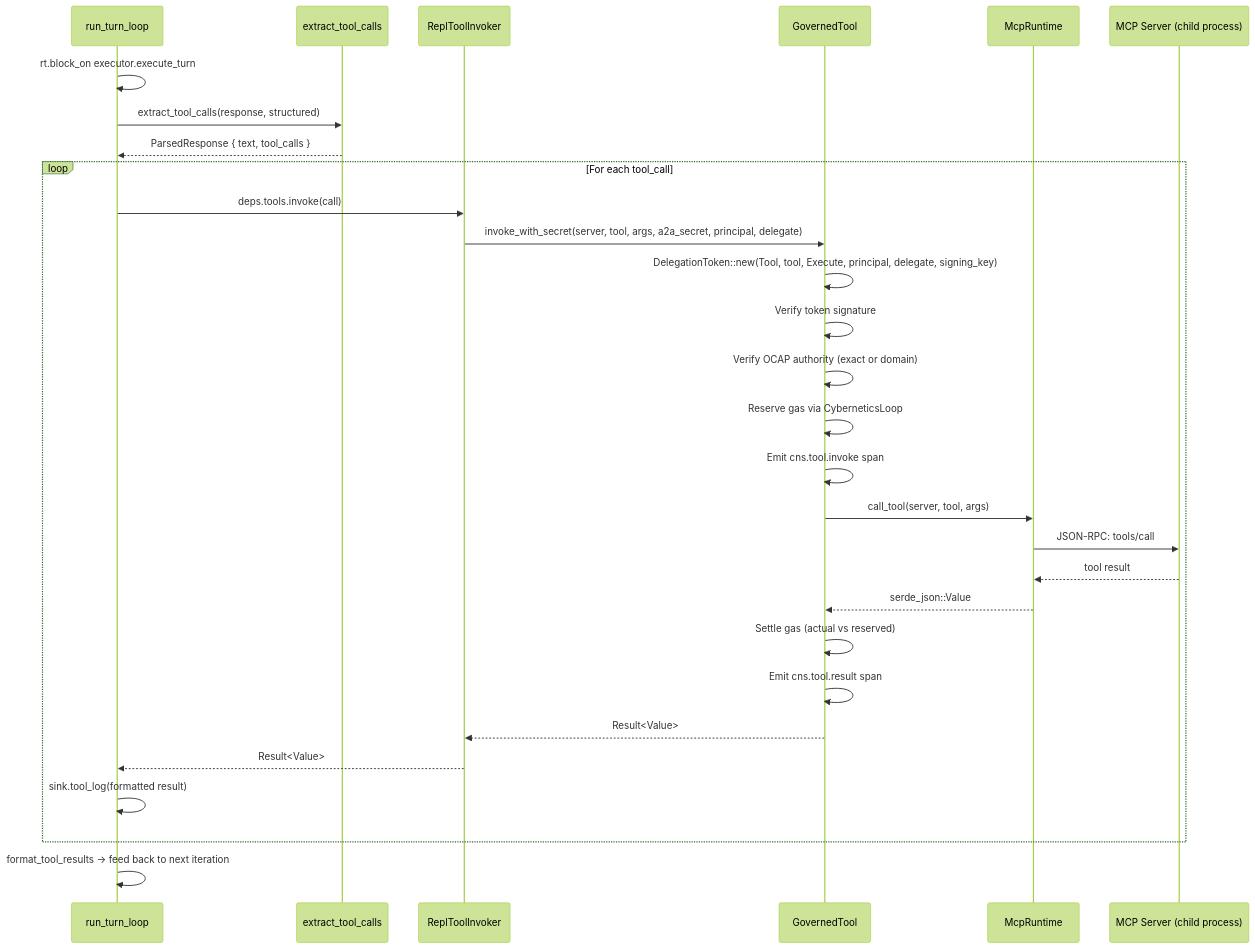
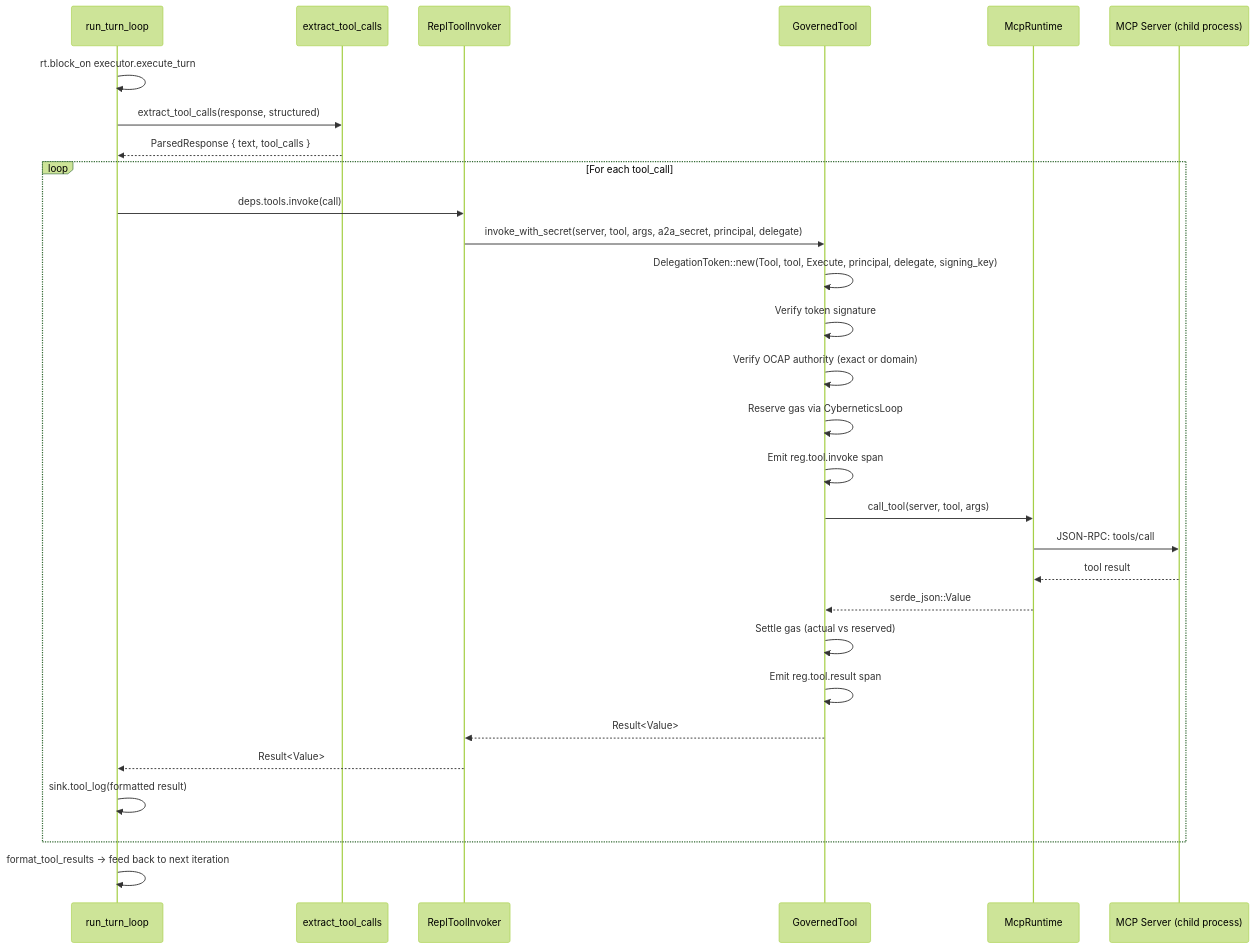
One commit to mdz-axo/hKask changed the diagram in docs/diagrams/sequence-repl-tool-invocation.md. Above: the diagram before and after it, drawn with Mermaid (forest theme). The commit also changed other lines of this file and 68 other files, not shown here.

````diff
--- a/docs/diagrams/sequence-repl-tool-invocation.md
+++ b/docs/diagrams/sequence-repl-tool-invocation.md
@@ -15,32 +15,32 @@
 ```mermaid
 sequenceDiagram
     participant Turn as run_turn_loop
     participant Extract as extract_tool_calls
     participant Invoker as ReplToolInvoker
     participant Gov as GovernedTool
     participant Runtime as McpRuntime
     participant Server as MCP Server (child process)
 
     Turn->>Turn: rt.block_on executor.execute_turn
     Turn->>Extract: extract_tool_calls(response, structured)
     Extract-->>Turn: ParsedResponse { text, tool_calls }
     loop For each tool_call
         Turn->>Invoker: deps.tools.invoke(call)
         Invoker->>Gov: invoke_with_secret(server, tool, args, a2a_secret, principal, delegate)
         Gov->>Gov: DelegationToken::new(Tool, tool, Execute, principal, delegate, signing_key)
         Gov->>Gov: Verify token signature
         Gov->>Gov: Verify OCAP authority (exact or domain)
         Gov->>Gov: Reserve gas via CyberneticsLoop
-        Gov->>Gov: Emit cns.tool.invoke span
+        Gov->>Gov: Emit reg.tool.invoke span
         Gov->>Runtime: call_tool(server, tool, args)
         Runtime->>Server: JSON-RPC: tools/call
         Server-->>Runtime: tool result
         Runtime-->>Gov: serde_json::Value
         Gov->>Gov: Settle gas (actual vs reserved)
-        Gov->>Gov: Emit cns.tool.result span
+        Gov->>Gov: Emit reg.tool.result span
         Gov-->>Invoker: Result<Value>
         Invoker-->>Turn: Result<Value>
         Turn->>Turn: sink.tool_log(formatted result)
     end
     Turn->>Turn: format_tool_results → feed back to next iteration
 ```
````
